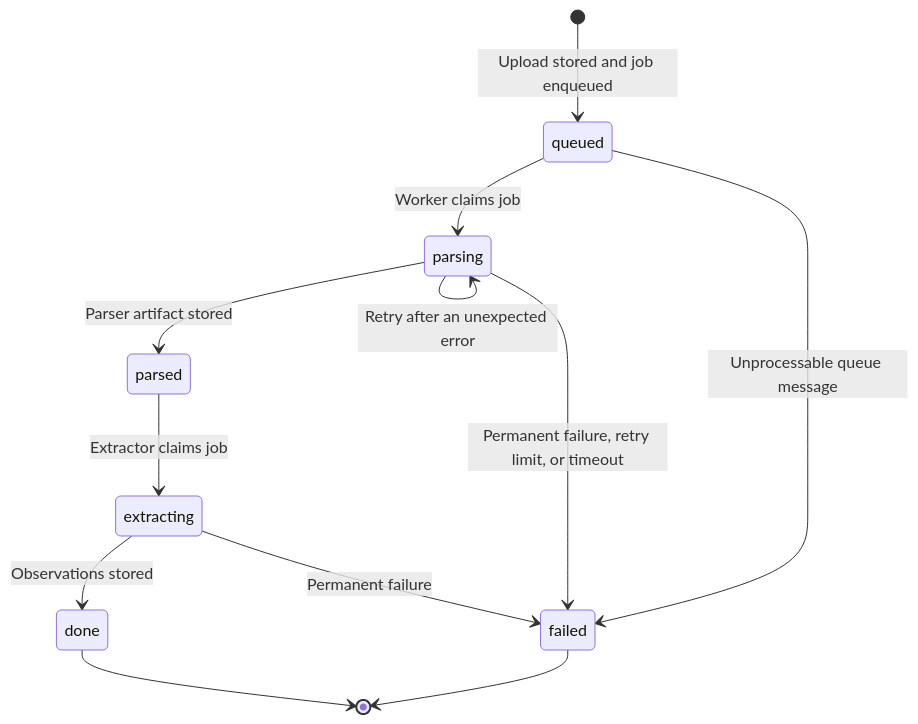
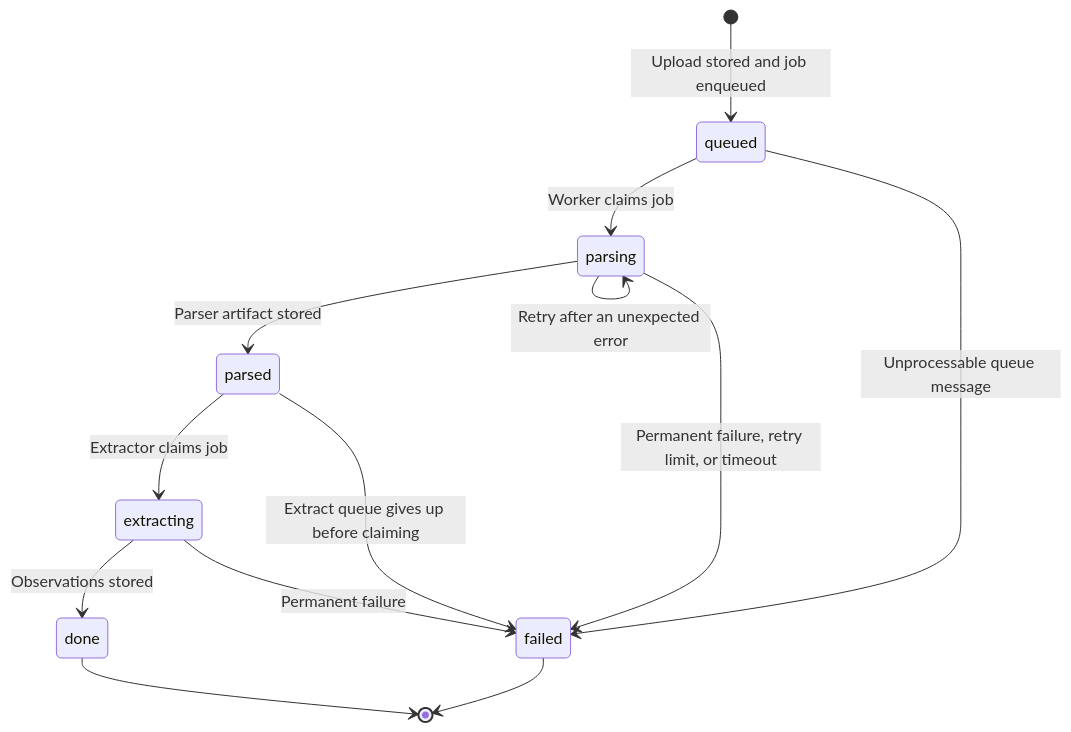
The third of 4 diagrams in docs/architecture.md (BioParser/BioParser), drawn with Mermaid before and after one commit. The commit also changed other lines of this file and 27 other files, not shown here.

````diff
--- a/docs/architecture.md
+++ b/docs/architecture.md
@@ -180,14 +180,15 @@
 ```mermaid
 stateDiagram-v2
     [*] --> queued: Upload stored and job enqueued
     queued --> parsing: Worker claims job
     queued --> failed: Unprocessable queue message
     parsing --> parsed: Parser artifact stored
     parsing --> parsing: Retry after an unexpected error
     parsing --> failed: Permanent failure, retry limit, or timeout
     parsed --> extracting: Extractor claims job
+    parsed --> failed: Extract queue gives up before claiming
     extracting --> done: Observations stored
     extracting --> failed: Permanent failure
     done --> [*]
     failed --> [*]
 ```
````
